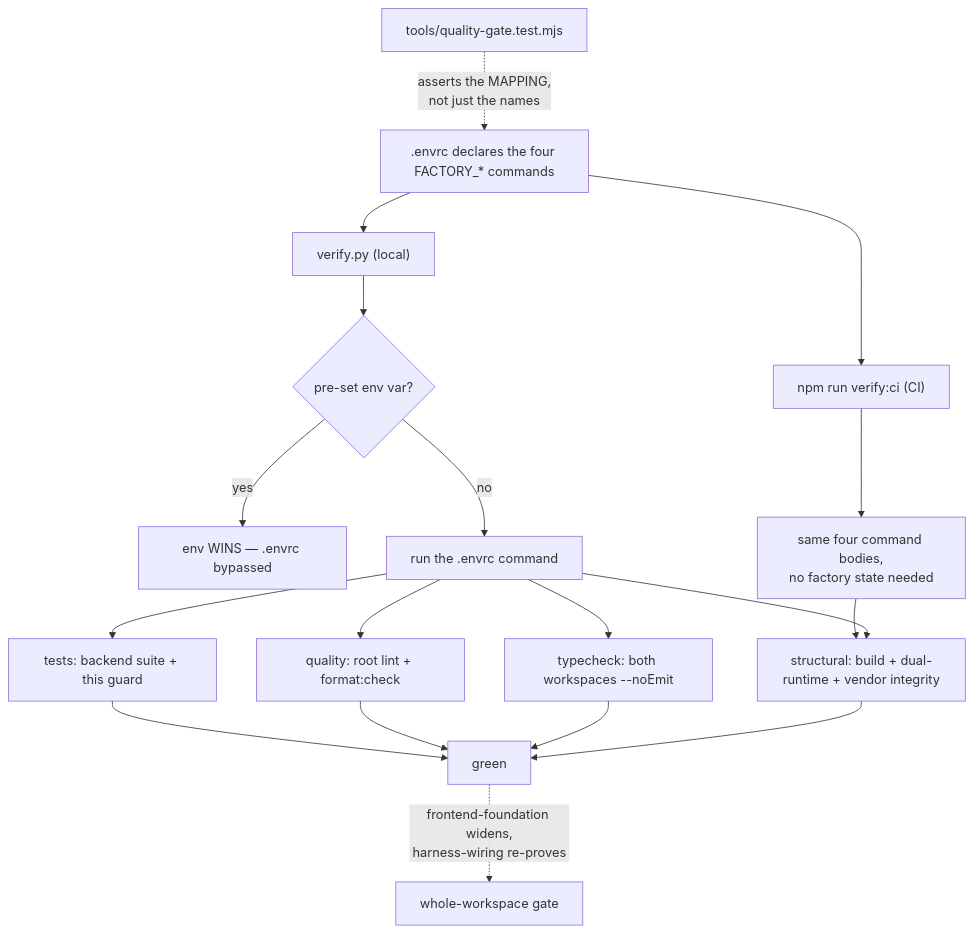
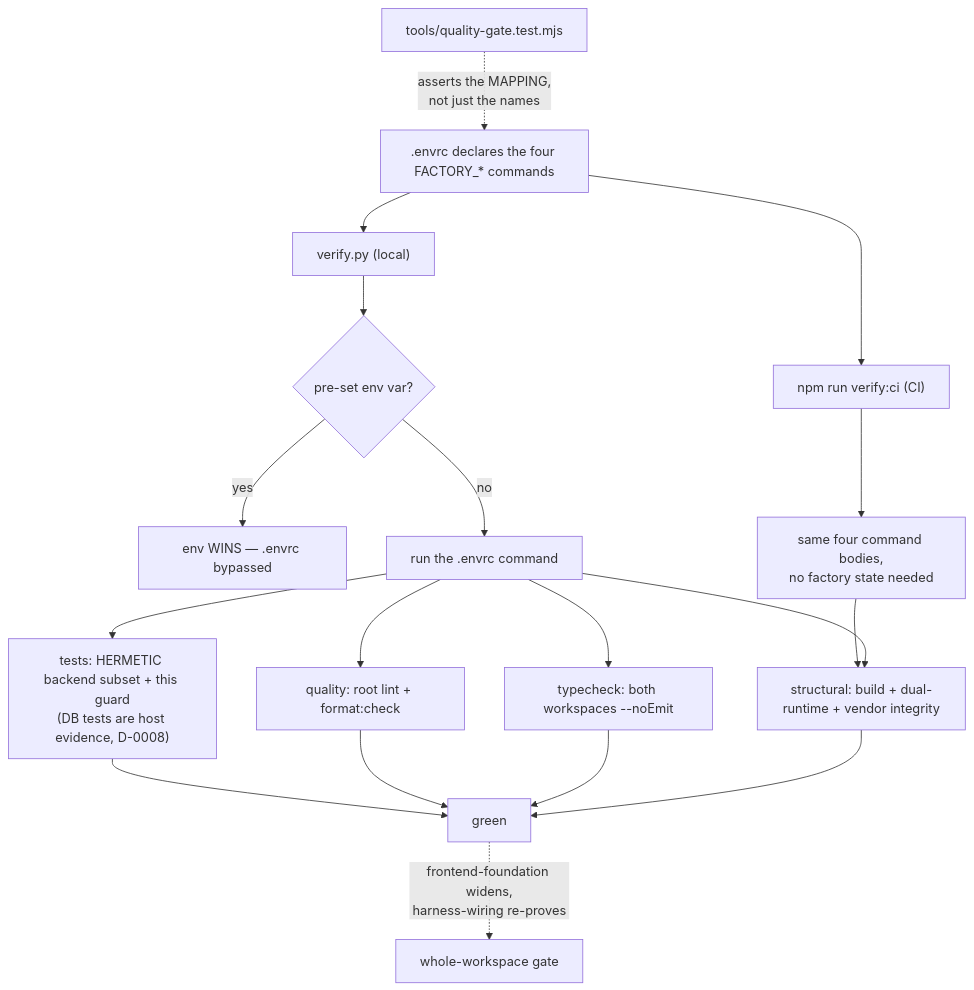
The diagram in .factory/grill-brief-task-quality-gate-baseline.md (kl-rahulanand/3f-oil-palm), drawn with Mermaid before and after one commit. The commit also changed other lines of this file and 57 other files, not shown here.

````diff
--- a/.factory/grill-brief-task-quality-gate-baseline.md
+++ b/.factory/grill-brief-task-quality-gate-baseline.md
@@ -393,20 +408,20 @@
 ```mermaid
 flowchart TD
   A[".envrc declares the four FACTORY_* commands"] --> B["verify.py (local)"]
   A --> C["npm run verify:ci (CI)"]
   B --> D{"pre-set env var?"}
   D -- yes --> E["env WINS — .envrc bypassed"]
   D -- no --> F["run the .envrc command"]
   C --> G["same four command bodies,<br/>no factory state needed"]
   F --> H["structural: build + dual-runtime + vendor integrity"]
   F --> I["typecheck: both workspaces --noEmit"]
   F --> J["quality: root lint + format:check"]
-  F --> K["tests: backend suite + this guard"]
+  F --> K["tests: HERMETIC backend subset + this guard<br/>(DB tests are host evidence, D-0008)"]
   G --> H
   H --> L["green"]
   I --> L
   J --> L
   K --> L
   M["tools/quality-gate.test.mjs"] -.->|asserts the MAPPING,<br/>not just the names| A
   L -.->|frontend-foundation widens,<br/>harness-wiring re-proves| N["whole-workspace gate"]
 ```
````
